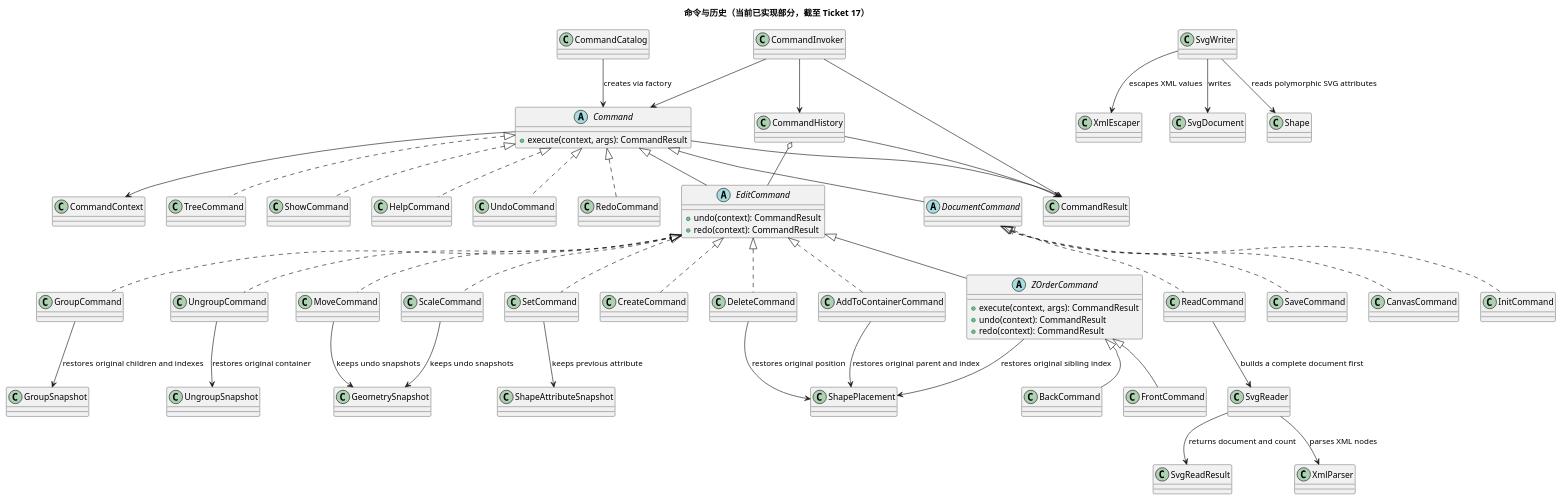
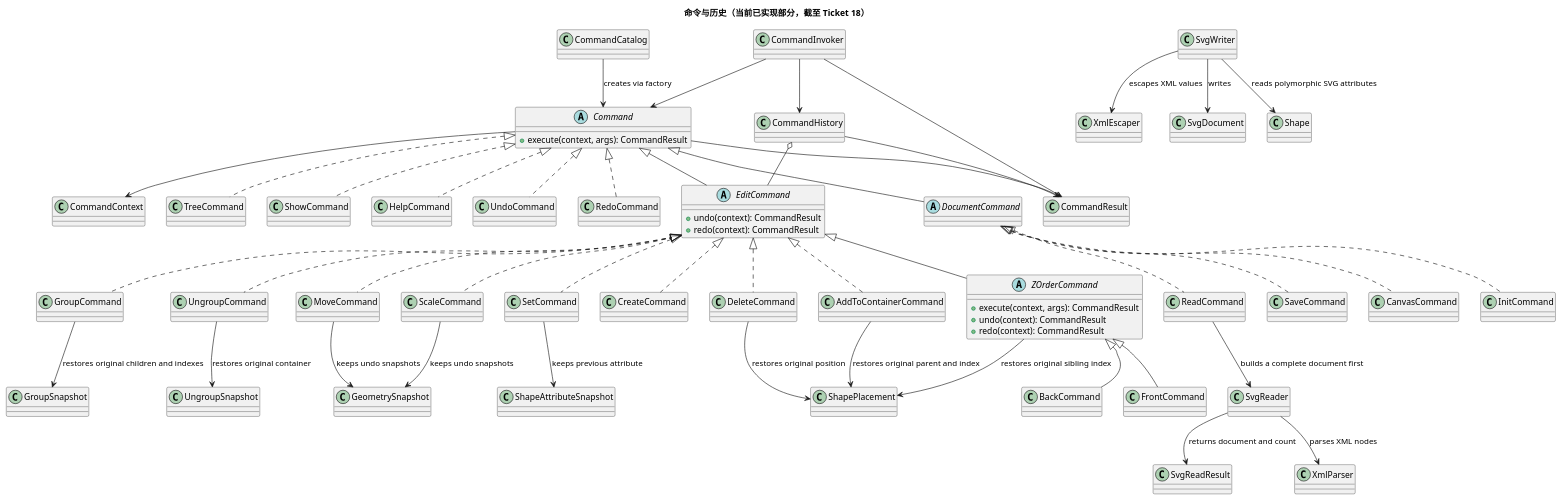
The second of 2 diagrams in doc/class-model.puml (NQC233/svg-editor-lab1), drawn with PlantUML before and after one commit. The commit also changed other lines of this file and 5 other files, not shown here.

```diff
--- a/doc/class-model.puml
+++ b/doc/class-model.puml
@@ -174,99 +192,99 @@
 @startuml
-title 命令与历史（当前已实现部分，截至 Ticket 17）
+title 命令与历史（当前已实现部分，截至 Ticket 18）
 
 abstract class Command {
   +execute(context, args): CommandResult
 }
 
 abstract class DocumentCommand
 
 abstract class EditCommand {
   +undo(context): CommandResult
   +redo(context): CommandResult
 }
 
 class CommandResult
 class CommandCatalog
 class CommandInvoker
 class CommandHistory
 class CommandContext
 class ShapePlacement
 class UngroupSnapshot
 class GroupSnapshot
 
 class CreateCommand
 class DeleteCommand
 class GroupCommand
 class UngroupCommand
 class AddToContainerCommand
 abstract class ZOrderCommand {
   +execute(context, args): CommandResult
   +undo(context): CommandResult
   +redo(context): CommandResult
 }
 class FrontCommand
 class BackCommand
 class MoveCommand
 class ScaleCommand
 class SetCommand
 class CanvasCommand
 class InitCommand
 class ReadCommand
 class SaveCommand
 class TreeCommand
 class ShowCommand
 class HelpCommand
 class UndoCommand
 class RedoCommand
 class SvgWriter
 class SvgReader
 class SvgReadResult
 class XmlParser
 class XmlEscaper
 
 Command <|-- EditCommand
 Command <|-- DocumentCommand
 EditCommand <|.. CreateCommand
 EditCommand <|.. DeleteCommand
 EditCommand <|.. GroupCommand
 EditCommand <|.. UngroupCommand
 EditCommand <|.. AddToContainerCommand
 EditCommand <|-- ZOrderCommand
 ZOrderCommand <|-- FrontCommand
 ZOrderCommand <|-- BackCommand
 EditCommand <|.. MoveCommand
 EditCommand <|.. ScaleCommand
 EditCommand <|.. SetCommand
 DocumentCommand <|.. CanvasCommand
 DocumentCommand <|.. InitCommand
 DocumentCommand <|.. ReadCommand
 DocumentCommand <|.. SaveCommand
 Command <|.. TreeCommand
 Command <|.. ShowCommand
 Command <|.. HelpCommand
 Command <|.. UndoCommand
 Command <|.. RedoCommand
 SvgWriter --> SvgDocument : writes
 SvgWriter --> Shape : reads polymorphic SVG attributes
 SvgWriter --> XmlEscaper : escapes XML values
 ReadCommand --> SvgReader : builds a complete document first
 SvgReader --> SvgReadResult : returns document and count
 SvgReader --> XmlParser : parses XML nodes
 
 CommandInvoker --> CommandHistory
 CommandInvoker --> Command
 CommandInvoker --> CommandResult
 CommandCatalog --> Command : creates via factory
 CommandHistory o-- EditCommand
 CommandHistory --> CommandResult
 Command --> CommandContext
 Command --> CommandResult
 DeleteCommand --> ShapePlacement : restores original position
 UngroupCommand --> UngroupSnapshot : restores original container
 GroupCommand --> GroupSnapshot : restores original children and indexes
 AddToContainerCommand --> ShapePlacement : restores original parent and index
 ZOrderCommand --> ShapePlacement : restores original sibling index
 MoveCommand --> GeometrySnapshot : keeps undo snapshots
 ScaleCommand --> GeometrySnapshot : keeps undo snapshots
 SetCommand --> ShapeAttributeSnapshot : keeps previous attribute
 @enduml
```
